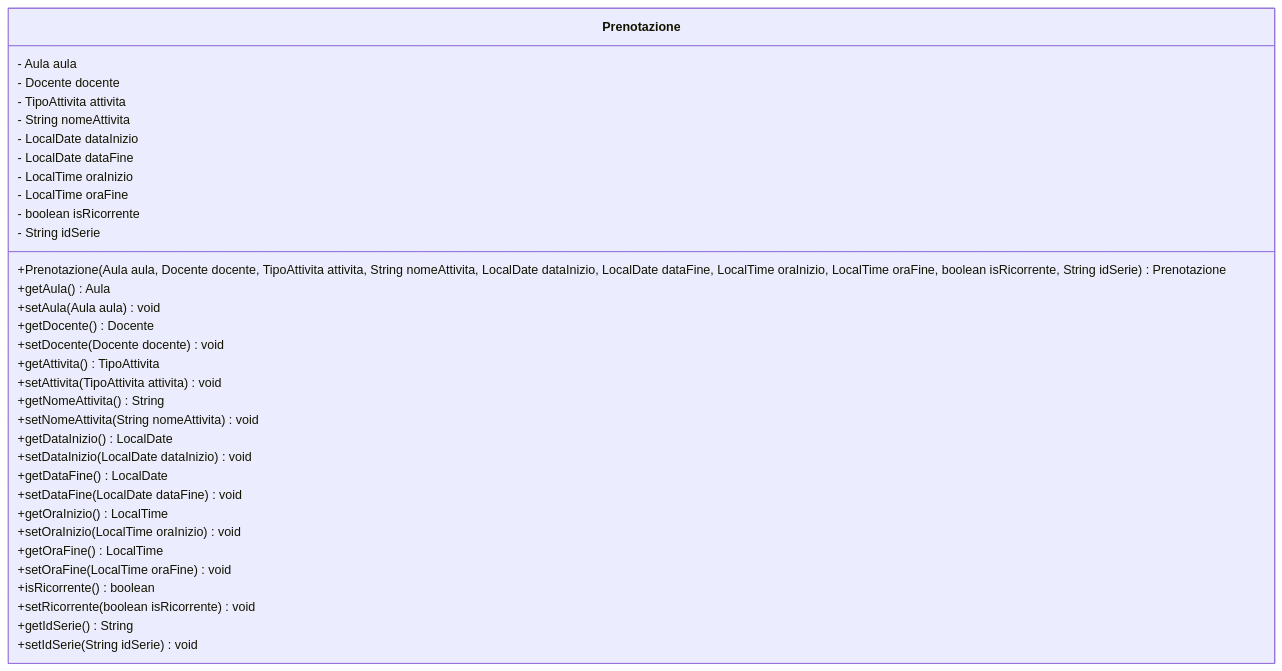
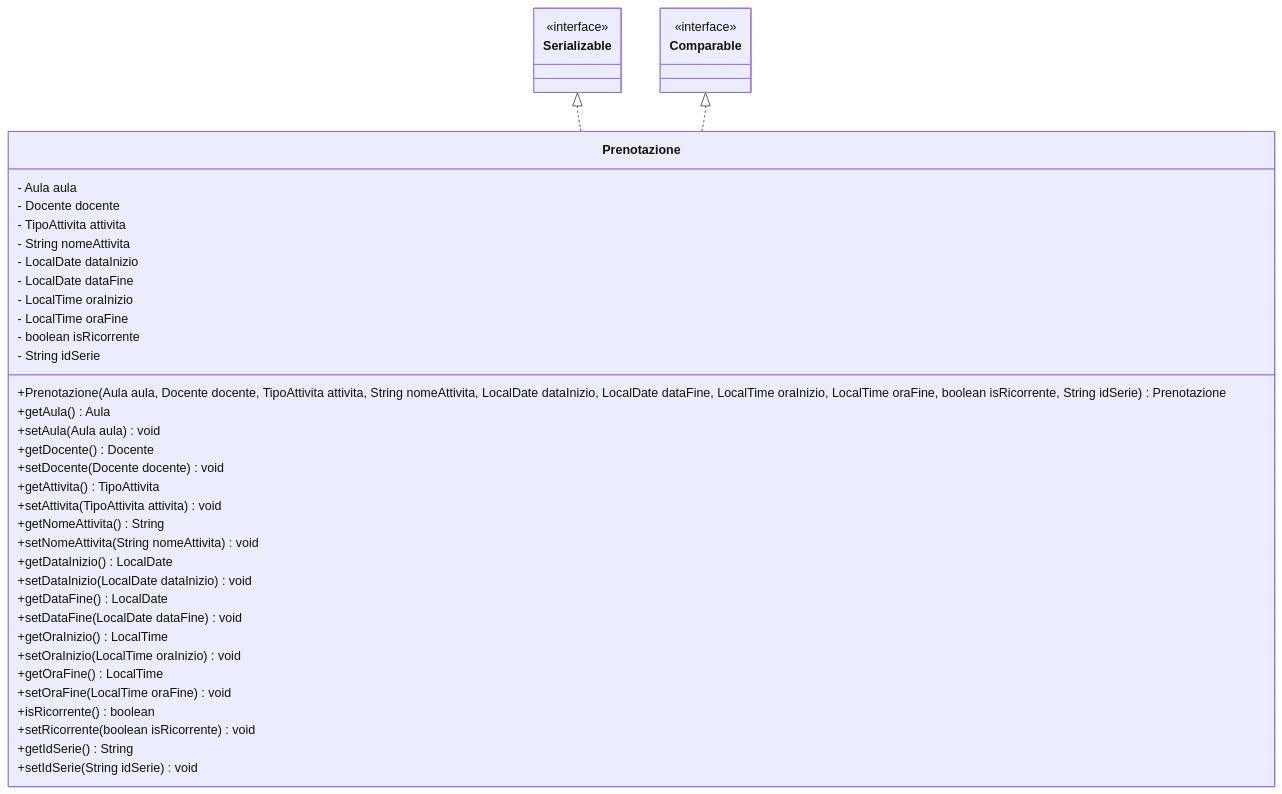
Before and after one commit to gcarbone48/PrenotazioneAule5: the diagram in diagrams/prenotazioneClassDiagram.md, drawn with Mermaid. The commit also changed 2 other files, not shown here.

Commit message:
FEAT: aggiunta interfaccia Serializable (su Prenotazione, Aula e Docente) e Comparable ( su Docente e Prenotazione)

````diff
--- a/diagrams/prenotazioneClassDiagram.md
+++ b/diagrams/prenotazioneClassDiagram.md
@@ -1,40 +1,54 @@
 ```mermaid
 classDiagram
+
+    class Serializable {
+             <<interface>>
+    }
+    class Comparable {
+             <<interface>>
+    }
+
+    Serializable <|.. Prenotazione
+    Comparable <|.. Prenotazione
+
+
  class Prenotazione{
         - Aula aula
         - Docente docente
         - TipoAttivita attivita
         - String nomeAttivita
         - LocalDate dataInizio
         - LocalDate dataFine
         - LocalTime oraInizio
         - LocalTime oraFine
         - boolean isRicorrente
         - String idSerie        
         %% codice interno x controlli nostri
         
         %%Costruttore 
         +Prenotazione(Aula aula, Docente docente, TipoAttivita attivita, String nomeAttivita, LocalDate dataInizio, LocalDate dataFine, LocalTime oraInizio, LocalTime oraFine, boolean isRicorrente, String idSerie) Prenotazione
         +getAula() Aula
         +setAula(Aula aula) void
         +getDocente() Docente
         +setDocente(Docente docente) void
         +getAttivita() TipoAttivita
         +setAttivita(TipoAttivita attivita) void
         +getNomeAttivita() String
         +setNomeAttivita(String nomeAttivita) void
         +getDataInizio() LocalDate
         +setDataInizio(LocalDate dataInizio) void
         +getDataFine() LocalDate
         +setDataFine(LocalDate dataFine) void
         +getOraInizio() LocalTime
         +setOraInizio(LocalTime oraInizio) void
         +getOraFine() LocalTime
         +setOraFine(LocalTime oraFine) void
         +isRicorrente() boolean
         +setRicorrente(boolean isRicorrente) void
         +getIdSerie() String
         +setIdSerie(String idSerie) void
 
+        
+
     }
 ```
````
